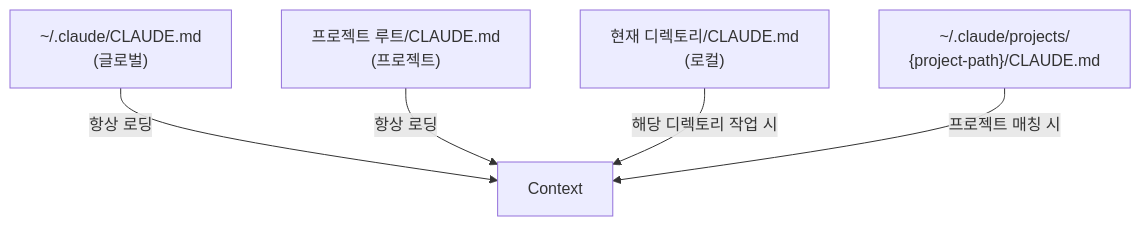
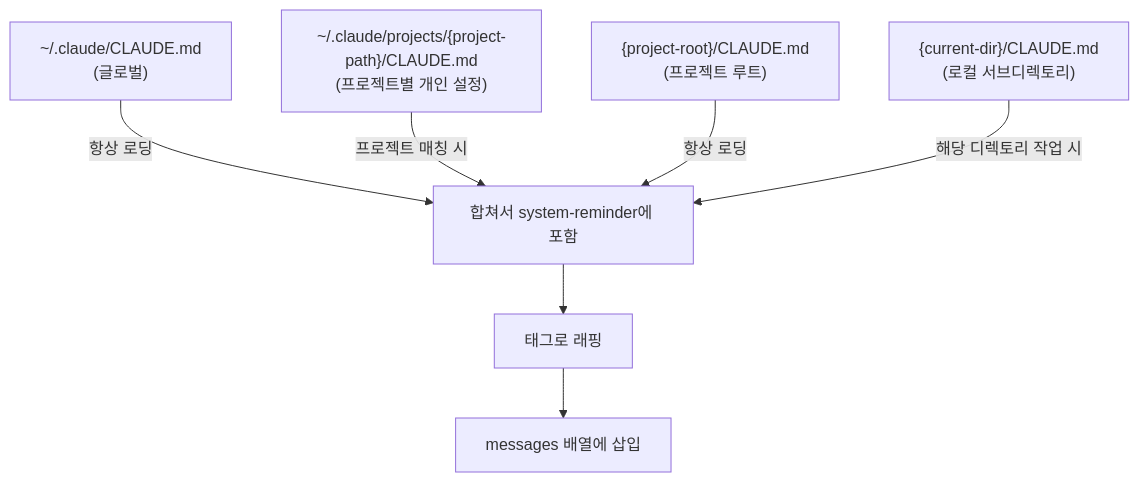
Before and after one commit to yunhwane/claude-code-study: the second of 3 diagrams in docs/context/claude-md.md, drawn with Mermaid. The commit also changed other lines of this file and 4 other files, not shown here.

````diff
--- a/docs/context/claude-md.md
+++ b/docs/context/claude-md.md
@@ -7,7 +64,9 @@
 ```mermaid
 flowchart TD
-    A["~/.claude/CLAUDE.md\n(글로벌)"] -->|항상 로딩| CTX[Context]
-    B["프로젝트 루트/CLAUDE.md\n(프로젝트)"] -->|항상 로딩| CTX
-    C["현재 디렉토리/CLAUDE.md\n(로컬)"] -->|해당 디렉토리 작업 시| CTX
-    D["~/.claude/projects/\n{project-path}/CLAUDE.md"] -->|프로젝트 매칭 시| CTX
+    A["~/.claude/CLAUDE.md<br/>(글로벌)"] -->|"항상 로딩"| MERGE[합쳐서 system-reminder에 포함]
+    B["~/.claude/projects/{project-path}/CLAUDE.md<br/>(프로젝트별 개인 설정)"] -->|"프로젝트 매칭 시"| MERGE
+    C["{project-root}/CLAUDE.md<br/>(프로젝트 루트)"] -->|"항상 로딩"| MERGE
+    D["{current-dir}/CLAUDE.md<br/>(로컬 서브디렉토리)"] -->|"해당 디렉토리 작업 시"| MERGE
+    MERGE --> SR["<system-reminder> 태그로 래핑"]
+    SR --> MSG["messages 배열에 삽입"]
 ```
````
